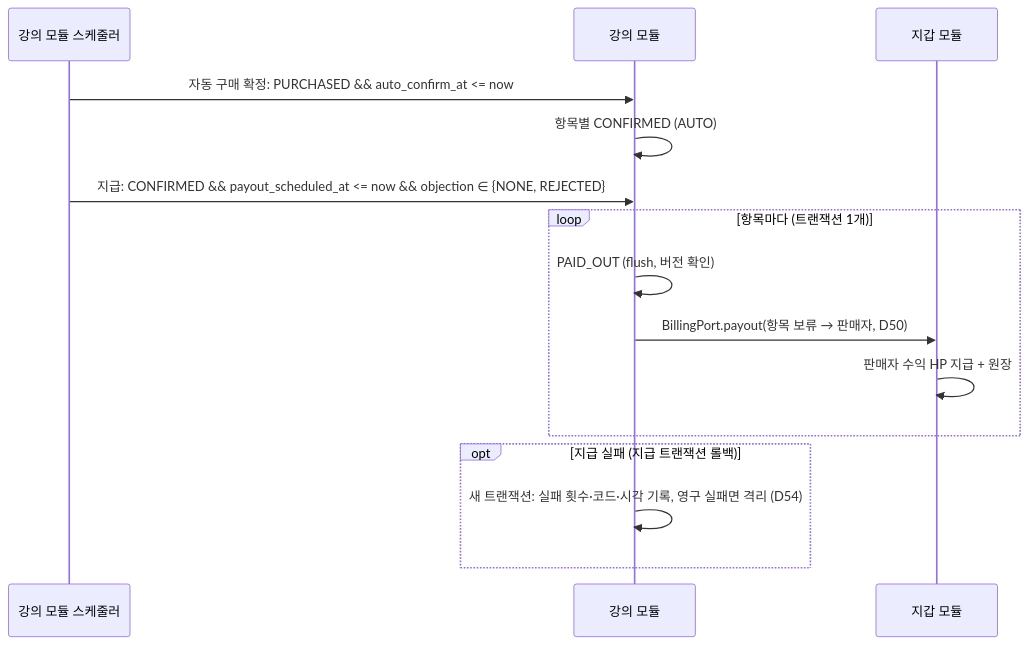
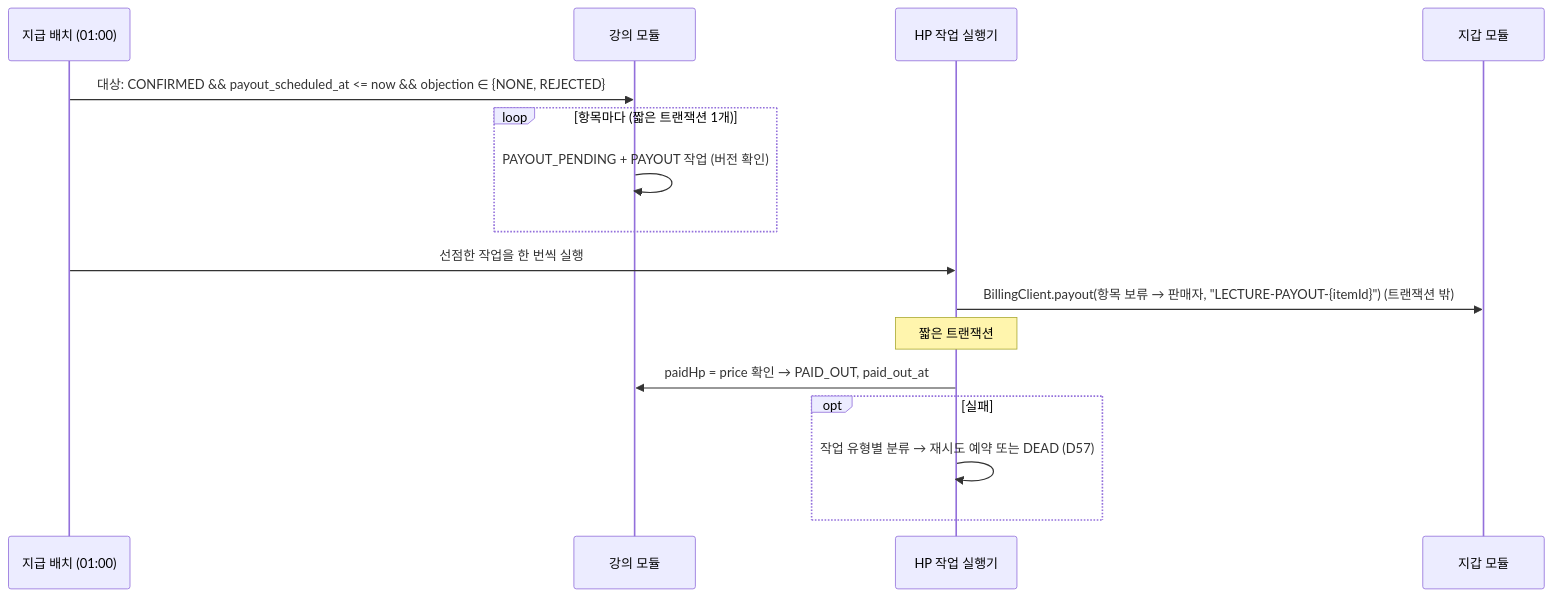
One commit to prgrms-be-adv-devcourse/beadv8_8_LMS_BE changed the seventh of 9 diagrams in docs/design/lecture-module.md. Above: the diagram before and after it, drawn with Mermaid. The commit also changed other lines of this file, not shown here.

First line of the commit message:
Docs: 모듈 간 트랜잭션 제거와 계약 경계 재설계 (#246)

````diff
--- a/docs/design/lecture-module.md
+++ b/docs/design/lecture-module.md
@@ -456,17 +588,18 @@
 ```mermaid
 sequenceDiagram
-    participant SCH as 강의 모듈 스케줄러
+    participant SCH as 지급 배치 (01:00)
     participant LEC as 강의 모듈
+    participant TASK as HP 작업 실행기
     participant WAL as 지갑 모듈
-    SCH->>LEC: 자동 구매 확정: PURCHASED && auto_confirm_at <= now
-    LEC->>LEC: 항목별 CONFIRMED (AUTO)
-    SCH->>LEC: 지급: CONFIRMED && payout_scheduled_at <= now && objection ∈ {NONE, REJECTED}
-    loop 항목마다 (트랜잭션 1개)
-        LEC->>LEC: PAID_OUT (flush, 버전 확인)
-        LEC->>WAL: BillingPort.payout(항목 보류 → 판매자, D50)
-        WAL->>WAL: 판매자 수익 HP 지급 + 원장
+    SCH->>LEC: 대상: CONFIRMED && payout_scheduled_at <= now && objection ∈ {NONE, REJECTED}
+    loop 항목마다 (짧은 트랜잭션 1개)
+        LEC->>LEC: PAYOUT_PENDING + PAYOUT 작업 (버전 확인)
     end
-    opt 지급 실패 (지급 트랜잭션 롤백)
-        LEC->>LEC: 새 트랜잭션: 실패 횟수·코드·시각 기록, 영구 실패면 격리 (D54)
+    SCH->>TASK: 선점한 작업을 한 번씩 실행
+    TASK->>WAL: BillingClient.payout(항목 보류 → 판매자, "LECTURE-PAYOUT-{itemId}") (트랜잭션 밖)
+    Note over TASK: 짧은 트랜잭션
+    TASK->>LEC: paidHp = price 확인 → PAID_OUT, paid_out_at
+    opt 실패
+        TASK->>TASK: 작업 유형별 분류 → 재시도 예약 또는 DEAD (D57)
     end
 ```
````
